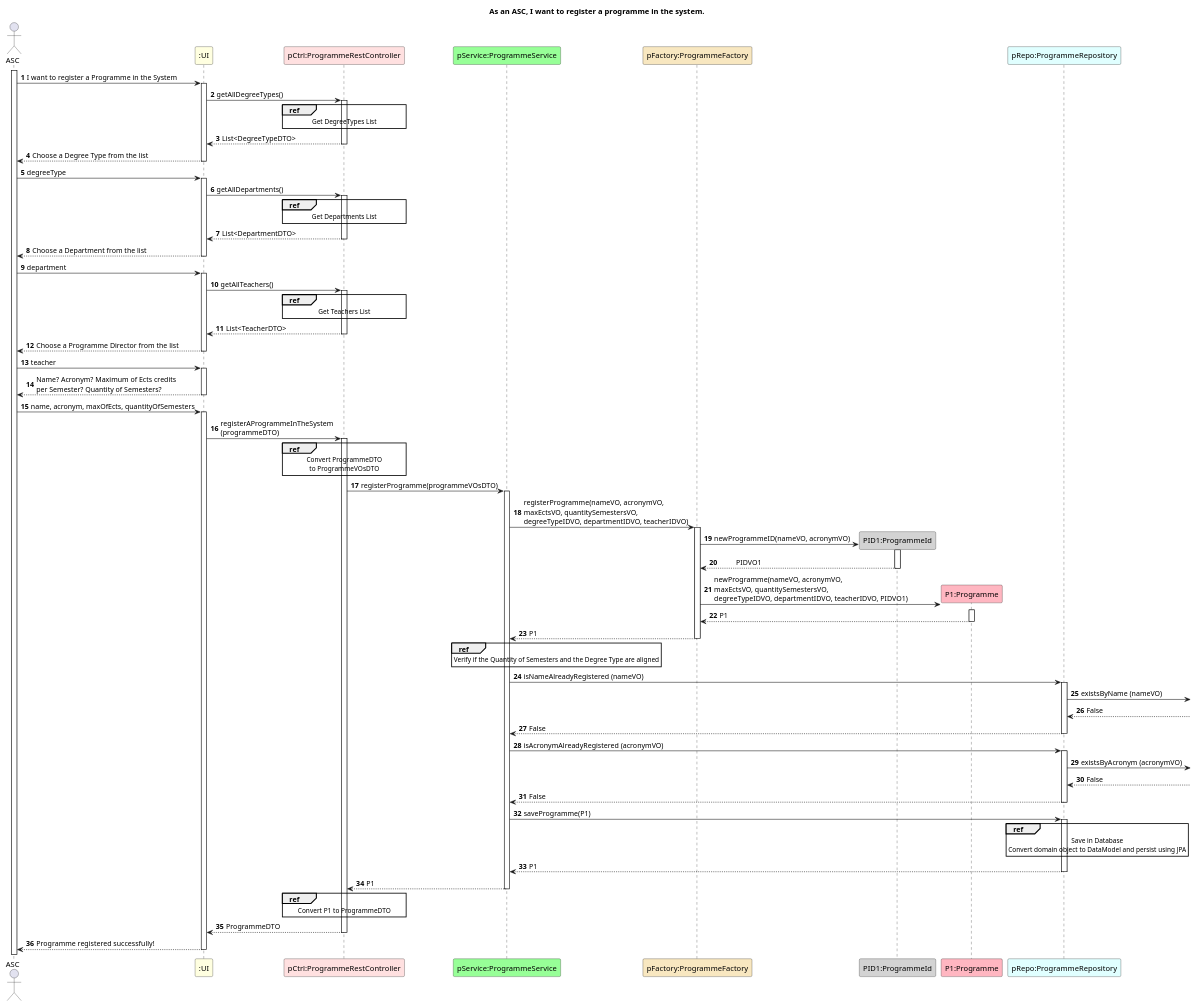
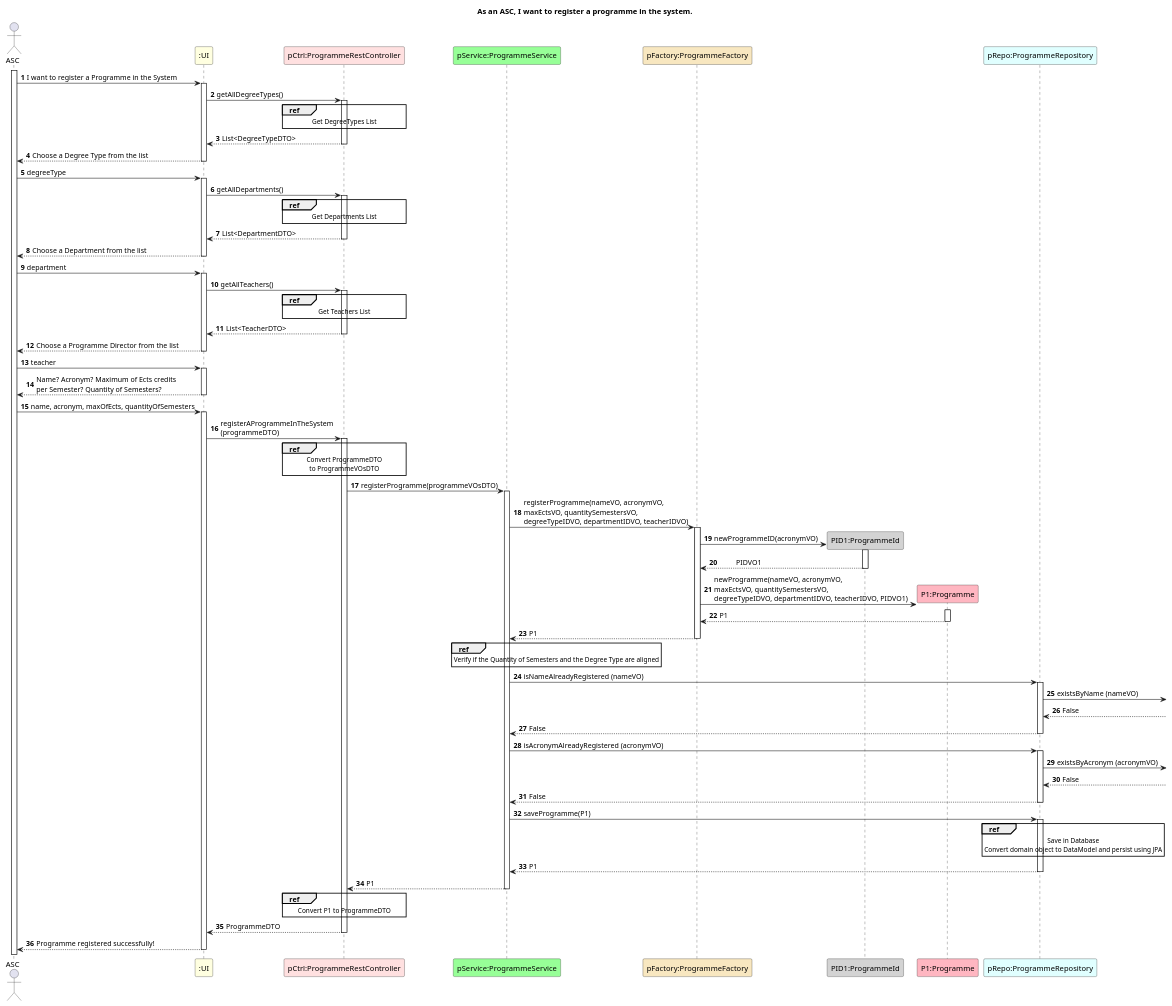
Before and after one commit to GasparISEP/DevOps-PAI: the diagram in docs/US31/ScenarioView/Level4.puml, drawn with PlantUML. The commit also changed 1 other file, not shown here.

Commit message:
Refactored US27 and US31 level 4 sceneryView diagrams to change programmeID to have only a programme acronym. (Ref #679)

```diff
--- a/docs/US31/ScenarioView/Level4.puml
+++ b/docs/US31/ScenarioView/Level4.puml
@@ -1,110 +1,110 @@
 @startuml
 autonumber
 
 title As an ASC, I want to register a programme in the system.
 
 actor ASC as Admin
 
 participant ":UI" as UI #lightyellow
 participant "pCtrl:ProgrammeRestController" as C #implementation
 participant "pService:ProgrammeService" as PS #physical
 participant "pFactory:ProgrammeFactory" as PF #strategy
 participant "PID1:ProgrammeId" as PID #lightgrey
 participant "P1:Programme" as P #lightpink
 participant "pRepo:ProgrammeRepository" as PR #lightcyan
 
 activate Admin
 Admin -> UI ++: I want to register a Programme in the System
 
 UI -> C ++: getAllDegreeTypes()
 
 ref over C
           Get DegreeTypes List
 end ref
 
 C --> UI --: List<DegreeTypeDTO>
 
 UI --> Admin --: Choose a Degree Type from the list
 
 Admin -> UI ++: degreeType
 
 UI -> C ++: getAllDepartments()
 
 ref over C
           Get Departments List
 end ref
 
 C --> UI --: List<DepartmentDTO>
 
 UI --> Admin --: Choose a Department from the list
 
 Admin -> UI ++: department
 
 UI -> C ++: getAllTeachers()
 
 ref over C
           Get Teachers List
 end ref
 
 C --> UI --: List<TeacherDTO>
 
 UI --> Admin --: Choose a Programme Director from the list
 
 Admin -> UI ++: teacher
 
 UI --> Admin --: Name? Acronym? Maximum of Ects credits\nper Semester? Quantity of Semesters?
 
 Admin -> UI ++: name, acronym, maxOfEcts, quantityOfSemesters
 
 UI -> C ++: registerAProgrammeInTheSystem \n(programmeDTO)
 
 ref over C
     Convert ProgrammeDTO
     to ProgrammeVOsDTO
 end ref
 
 C -> PS ++: registerProgramme(programmeVOsDTO)
 
 PS -> PF ++: registerProgramme(nameVO, acronymVO, \nmaxEctsVO, quantitySemestersVO, \ndegreeTypeIDVO, departmentIDVO, teacherIDVO)
 
-PF -> PID **: newProgrammeID(nameVO, acronymVO)
+PF -> PID **: newProgrammeID(acronymVO)
 activate PID
 PID --> PF --: \t PIDVO1
 PF -> P **: newProgramme(nameVO, acronymVO, \nmaxEctsVO, quantitySemestersVO, \ndegreeTypeIDVO, departmentIDVO, teacherIDVO, PIDVO1)
 activate P
 
 P --> PF --: P1
 PF --> PS --: P1
 
 ref over PS
     Verify if the Quantity of Semesters and the Degree Type are aligned
 end ref
 
 PS -> PR++ :isNameAlreadyRegistered (nameVO)
 PR -> : existsByName (nameVO)
 PR <-- : False
 PR --> PS-- : False
 PS -> PR++ :isAcronymAlreadyRegistered (acronymVO)
 PR -> : existsByAcronym (acronymVO)
 PR <-- : False
 PR --> PS-- : False
 PS -> PR ++: saveProgramme(P1)
 
 ref over PR
     Save in Database
     Convert domain object to DataModel and persist using JPA
 end ref
 
 PR --> PS --: P1
 
 PS --> C --: P1
 
 ref over C
     Convert P1 to ProgrammeDTO
 end ref
 
 C --> UI --: ProgrammeDTO
 
 UI --> Admin --: Programme registered successfully!
 
 @enduml
```
